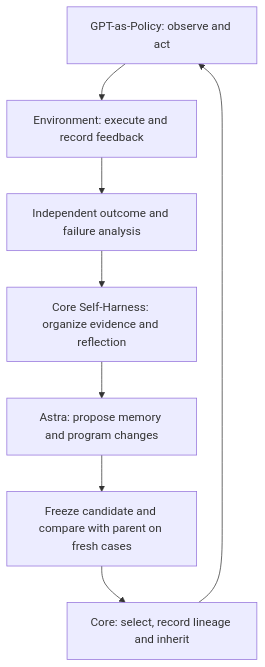
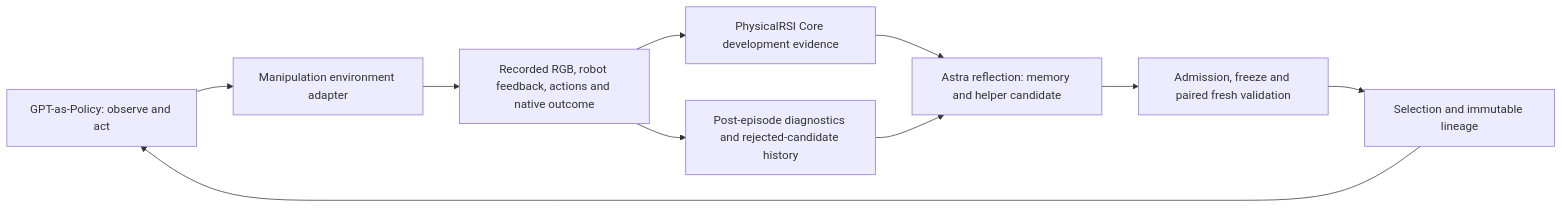
The diagram in PhysicalRSI_demos/dexterous_manipulation/README.md (PhysicalRSI/PhysicalRSI), drawn with Mermaid before and after one commit. The commit also changed other lines of this file and 38 other files, not shown here.

````diff
--- a/PhysicalRSI_demos/dexterous_manipulation/README.md
+++ b/PhysicalRSI_demos/dexterous_manipulation/README.md
@@ -27,10 +29,12 @@
 ```mermaid
-flowchart TD
-    A[GPT-as-Policy: observe and act] --> B[Environment: execute and record feedback]
-    B --> C[Independent outcome and failure analysis]
-    C --> D[Core Self-Harness: organize evidence and reflection]
-    D --> E[Astra: propose memory and program changes]
-    E --> F[Freeze candidate and compare with parent on fresh cases]
-    F --> G[Core: select, record lineage and inherit]
+flowchart LR
+    A[GPT-as-Policy: observe and act] --> B[Manipulation environment adapter]
+    B --> C[Recorded RGB, robot feedback, actions and native outcome]
+    C --> D[PhysicalRSI Core development evidence]
+    D --> E[Astra reflection: memory and helper candidate]
+    E --> F[Admission, freeze and paired fresh validation]
+    F --> G[Selection and immutable lineage]
     G --> A
+    C --> H[Post-episode diagnostics and rejected-candidate history]
+    H --> E
 ```
````
